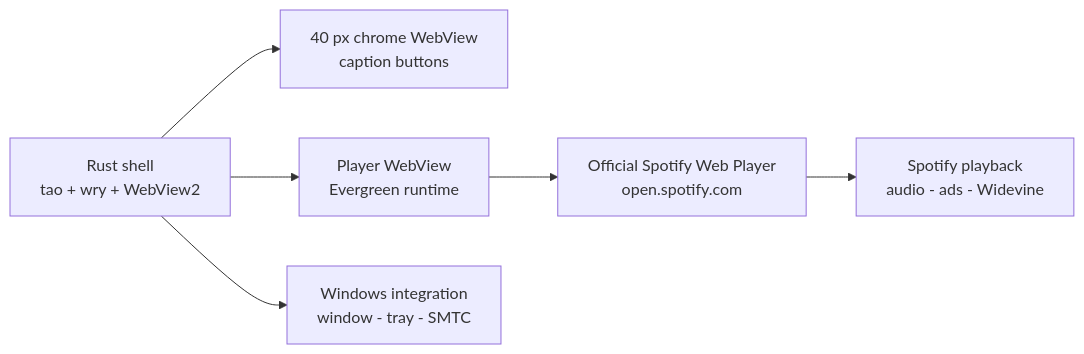
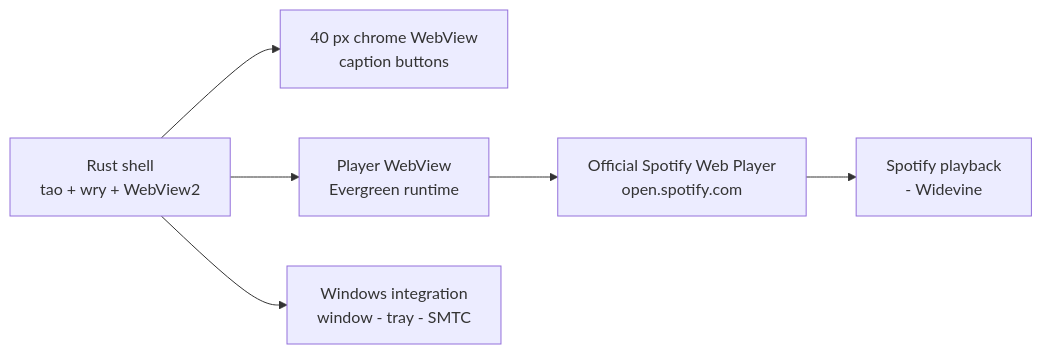
The diagram in README.md (new-Sinote/Rustify), drawn with Mermaid before and after one commit. The commit also changed other lines of this file, not shown here.

````diff
--- a/README.md
+++ b/README.md
@@ -122,15 +122,15 @@
 ```mermaid
 flowchart LR
     shell["Rust shell<br/>tao + wry + WebView2"]
     bar["40 px chrome WebView<br/>caption buttons"]
     webview["Player WebView<br/>Evergreen runtime"]
     page["Official Spotify Web Player<br/>open.spotify.com"]
-    media["Spotify playback<br/>audio - ads - Widevine"]
+    media["Spotify playback<br/> - Widevine"]
     windows["Windows integration<br/>window - tray - SMTC"]
 
     shell --> bar
     shell --> webview
     webview --> page
     page --> media
     shell --> windows
 ```
````
